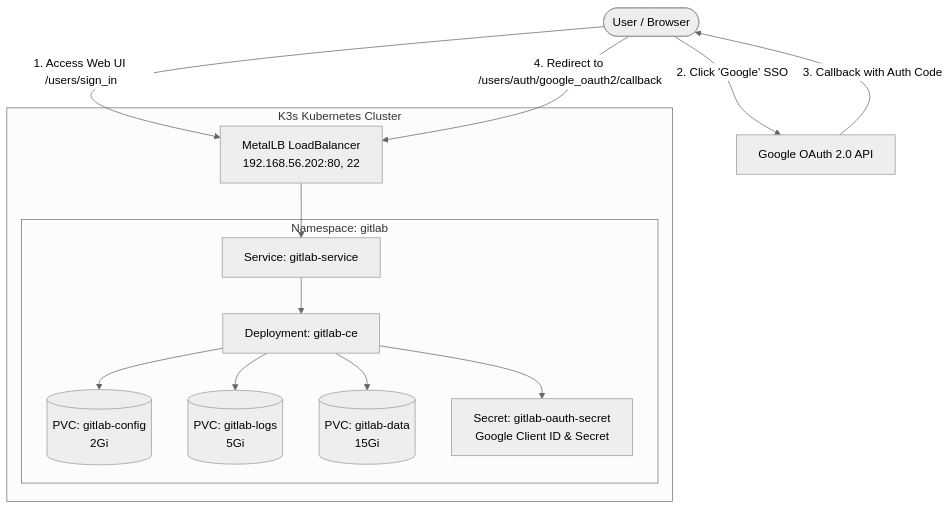
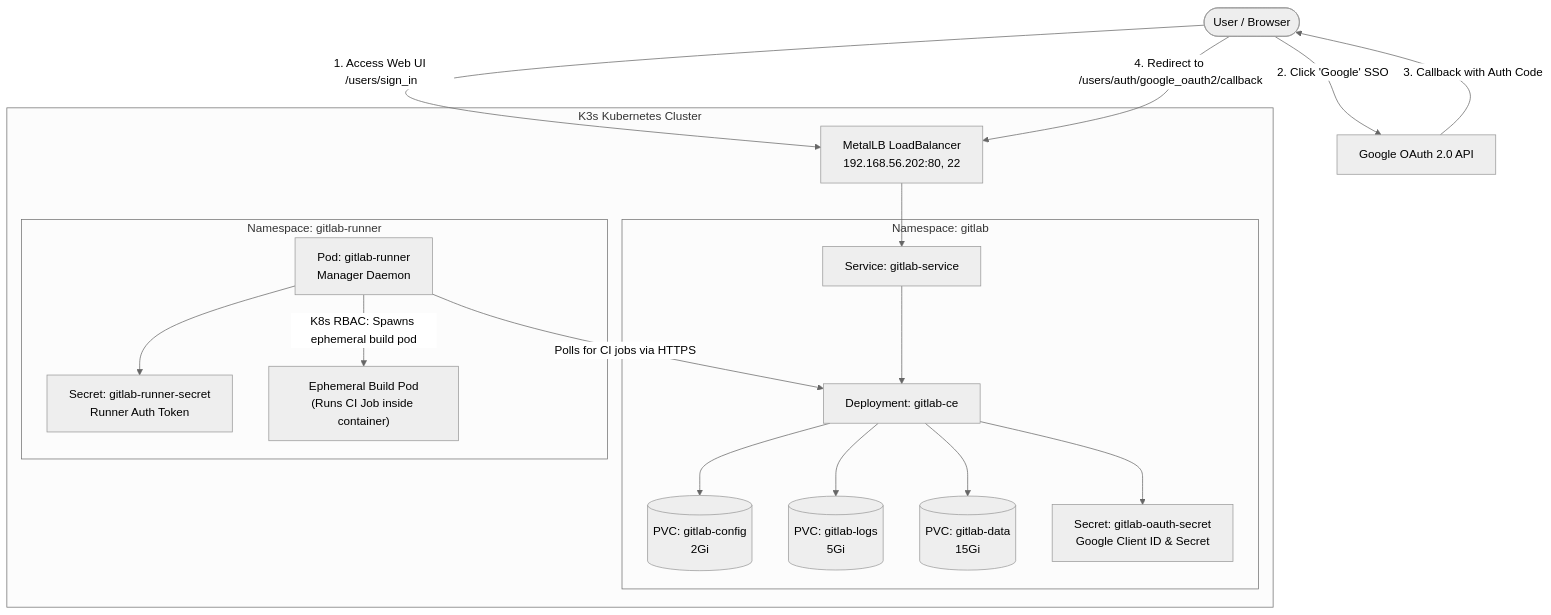
Before and after one commit to madhoshyagnik/kubernetes-homelab-k3s: the diagram in Documentation/readme-manual-gitlab-deployment.md, drawn with Mermaid (neutral theme). The commit also changed other lines of this file and 8 other files, not shown here.

Commit message:
feat(gitlab): add GitLab Runner manifests with Kubernetes executor and guide

````diff
--- a/Documentation/readme-manual-gitlab-deployment.md
+++ b/Documentation/readme-manual-gitlab-deployment.md
@@ -12,26 +12,36 @@
 ```mermaid
 flowchart TD
     User([User / Browser])
     Google[Google OAuth 2.0 API]
 
     subgraph "K3s Kubernetes Cluster"
         MetalLB[MetalLB LoadBalancer\n192.168.56.202:80, 22]
         
         subgraph "Namespace: gitlab"
             Service[Service: gitlab-service]
             Deploy[Deployment: gitlab-ce]
             PVC_Config[(PVC: gitlab-config\n2Gi)]
             PVC_Logs[(PVC: gitlab-logs\n5Gi)]
             PVC_Data[(PVC: gitlab-data\n15Gi)]
             Secret[Secret: gitlab-oauth-secret\nGoogle Client ID & Secret]
         end
+
+        subgraph "Namespace: gitlab-runner"
+            Runner[Pod: gitlab-runner\nManager Daemon]
+            RunnerSecret[Secret: gitlab-runner-secret\nRunner Auth Token]
+            BuildPod["Ephemeral Build Pod\n(Runs CI Job inside container)"]
+        end
     end
 
     User -->|1. Access Web UI /users/sign_in| MetalLB
     MetalLB --> Service --> Deploy
     User -->|2. Click 'Google' SSO| Google
     Google -->|3. Callback with Auth Code| User
     User -->|4. Redirect to /users/auth/google_oauth2/callback| MetalLB
     Deploy --> Secret
     Deploy --> PVC_Config & PVC_Logs & PVC_Data
+
+    Runner -->|Polls for CI jobs via HTTPS| Deploy
+    Runner --> RunnerSecret
+    Runner -->|K8s RBAC: Spawns ephemeral build pod| BuildPod
 ```
````
